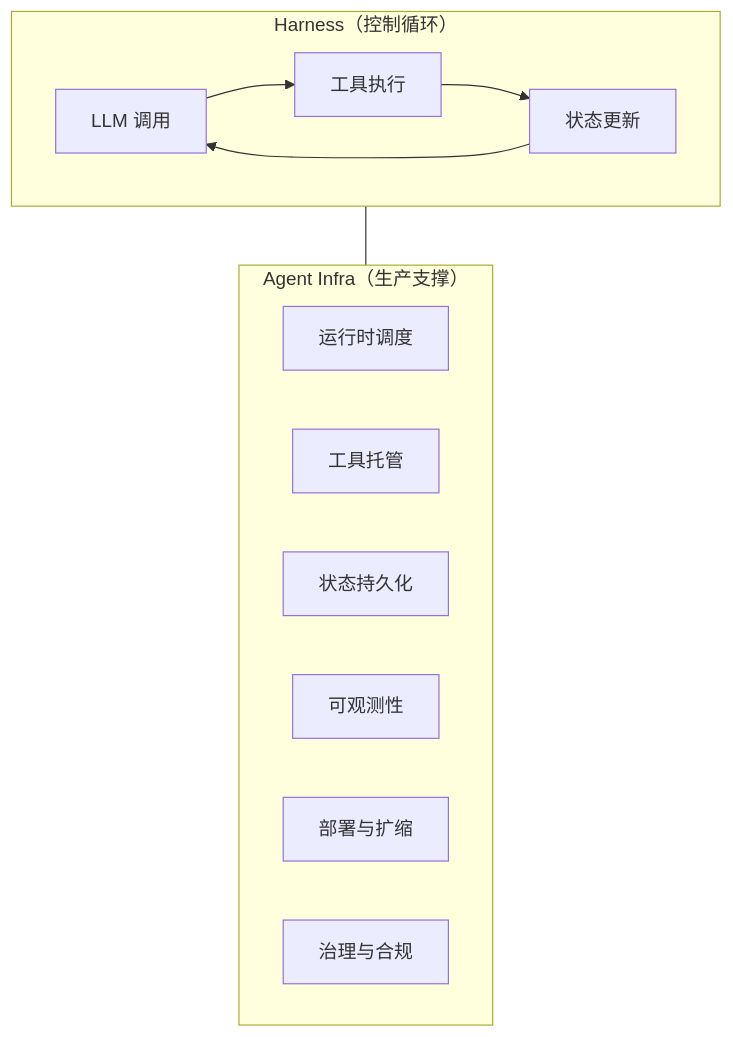
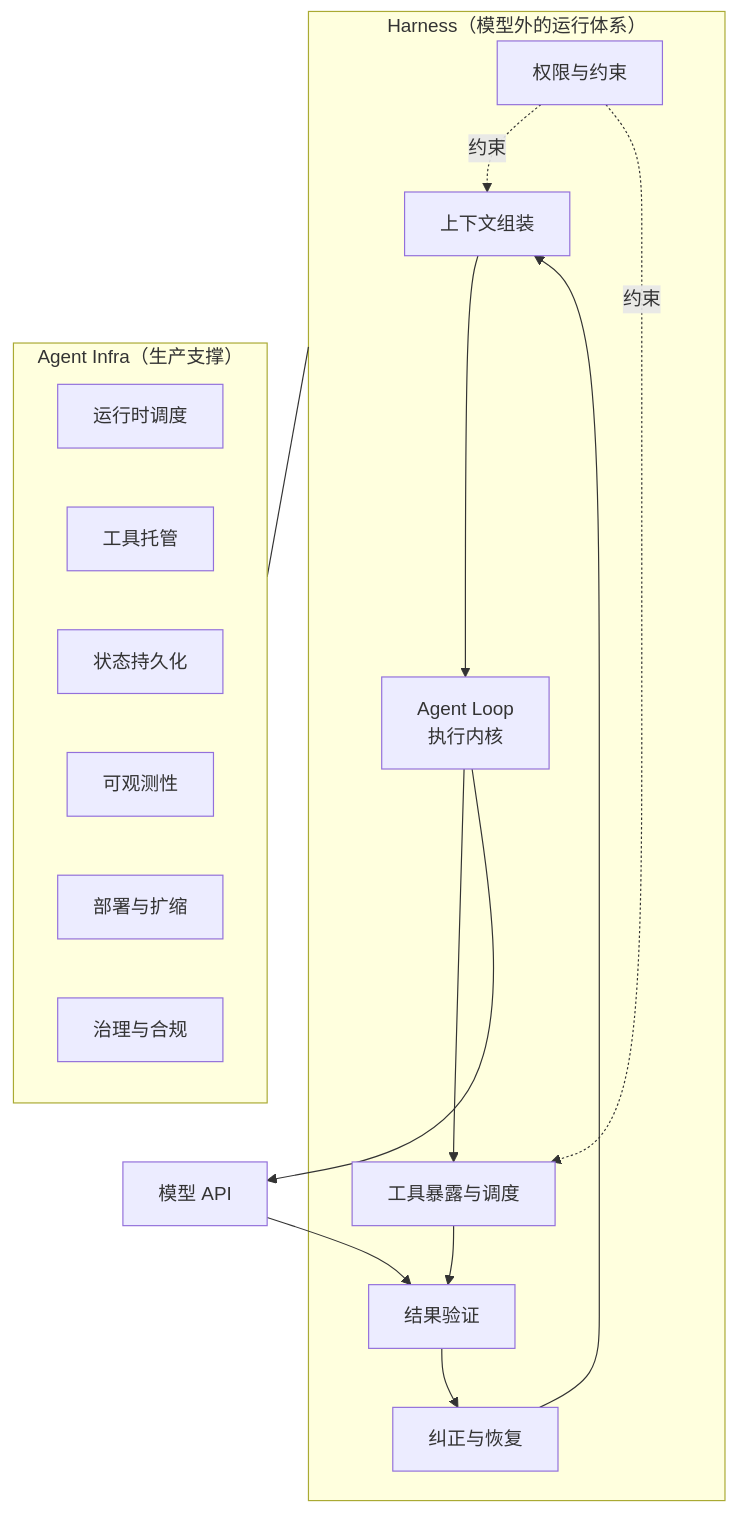
One commit to ranxi2001/zero2Agent changed the first of 7 diagrams in learn-agent-basic/09-agent-infra/index.md. Above: the diagram before and after it, drawn with Mermaid. The commit also changed other lines of this file and 21 other files, not shown here.

Commit message:
feat: expand agent API and context engineering guide

````diff
--- a/learn-agent-basic/09-agent-infra/index.md
+++ b/learn-agent-basic/09-agent-infra/index.md
@@ -18,20 +18,34 @@
 ```mermaid
 graph TB
-    subgraph Harness["Harness（控制循环）"]
-        LLM[LLM 调用]
-        Tool[工具执行]
-        State[状态更新]
-        LLM --> Tool --> State --> LLM
+    subgraph Harness["Harness（模型外的运行体系）"]
+        Context[上下文组装]
+        Loop[Agent Loop<br/>执行内核]
+        Tool[工具暴露与调度]
+        Constraint[权限与约束]
+        Validate[结果验证]
+        Correct[纠正与恢复]
+
+        Context --> Loop
+        Loop --> Tool
+        Tool --> Validate
+        Validate --> Correct
+        Correct --> Context
+        Constraint -.约束.-> Context
+        Constraint -.约束.-> Tool
     end
+
+    Model[模型 API]
+    Loop --> Model
+    Model --> Validate
 
     subgraph Infra["Agent Infra（生产支撑）"]
         Runtime[运行时调度]
         ToolHost[工具托管]
         Persist[状态持久化]
         Observe[可观测性]
         Deploy[部署与扩缩]
         Govern[治理与合规]
     end
 
     Harness --- Infra
 ```
````
